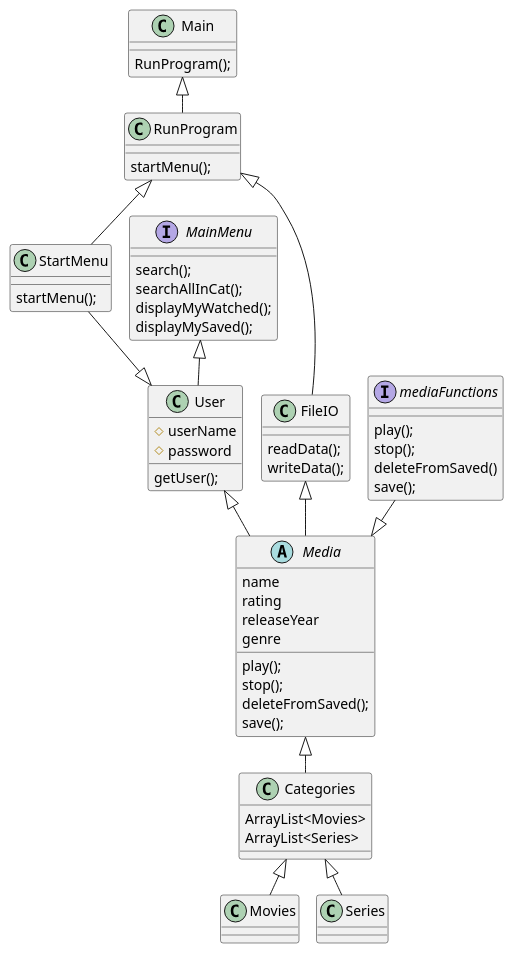
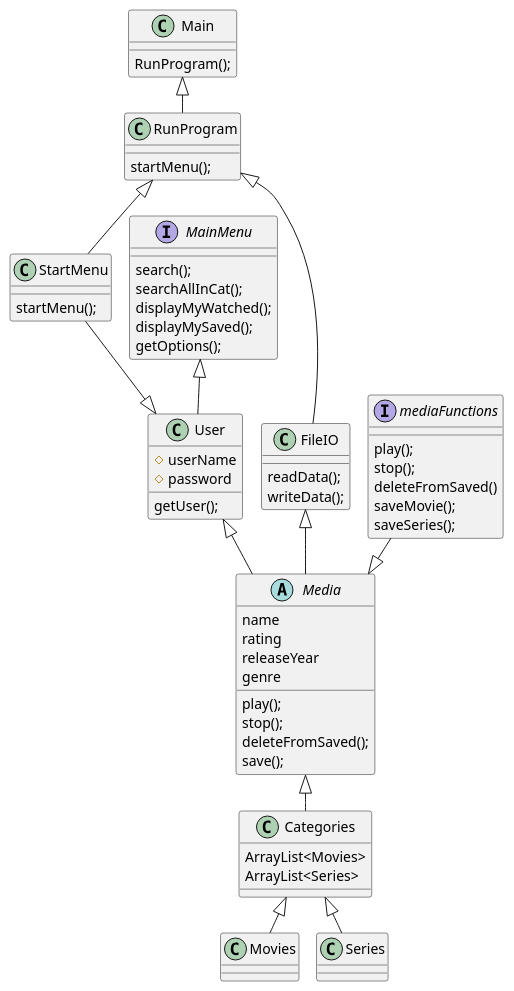
Before and after one commit to SitthichaiPhuanphimai/SP3: the diagram in src/SP3.puml, drawn with PlantUML.

Commit message:
Opdateret UML

```diff
--- a/src/SP3.puml
+++ b/src/SP3.puml
@@ -1,70 +1,72 @@
 @startuml
 'https://plantuml.com/class-diagram
 !pragma layout smetana
 
 Main <|-- RunProgram
 Main : RunProgram();
 
 RunProgram <|--StartMenu
 RunProgram : startMenu();
 
 
 StartMenu : startMenu();
 
 StartMenu --|> User
 MainMenu<|-- User
 User <|-- Media
 
 User : getUser();
 User : #userName
 User : #password
 
 interface mediaFunctions
 abstract class Media
 Class Movies
 Class Series
 Class Categories
 
 Media : name
 Media : rating
 Media : releaseYear
 Media : genre
 Media : play();
 Media : stop();
 Media : deleteFromSaved();
 Media : save();
 
 Categories : ArrayList<Movies>
 Categories : ArrayList<Series>
 
 Categories <|--Movies
 Categories <|--Series
 
 mediaFunctions : play();
 mediaFunctions : stop();
 mediaFunctions : deleteFromSaved()
-mediaFunctions : save();
+mediaFunctions : saveMovie();
+mediaFunctions : saveSeries();
 
 
 
 
 mediaFunctions --|> Media
 
 interface MainMenu
 MainMenu : search();
 MainMenu : searchAllInCat();
 MainMenu : displayMyWatched();
 MainMenu : displayMySaved();
+MainMenu : getOptions();
 
 
 
 FileIO : readData();
 FileIO : writeData();
 
 RunProgram <|-- FileIO
 Media <|--Categories
 FileIO <|-- Media
 
 
 
 @enduml
```
